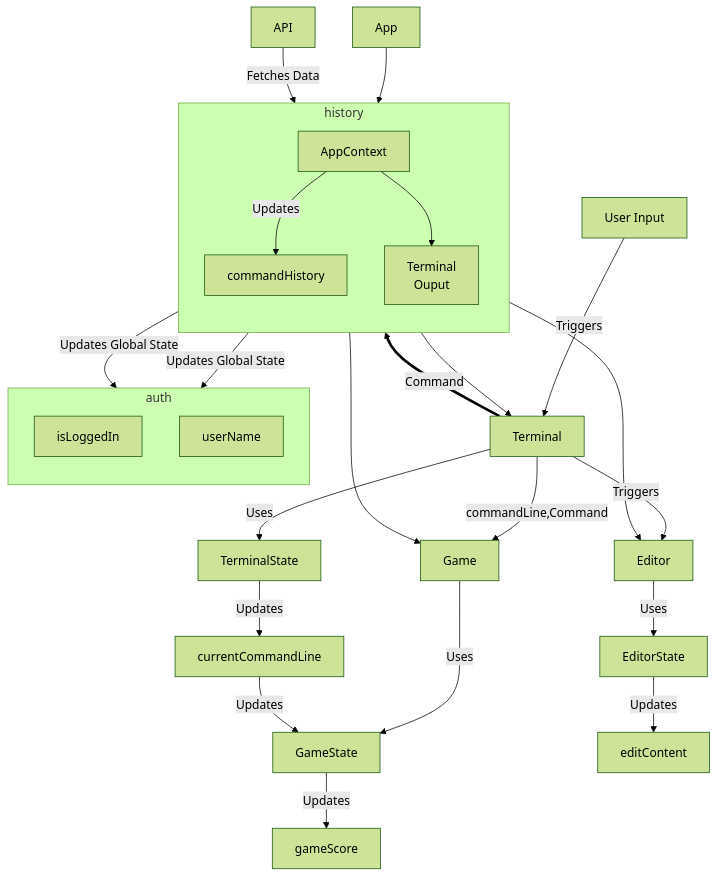
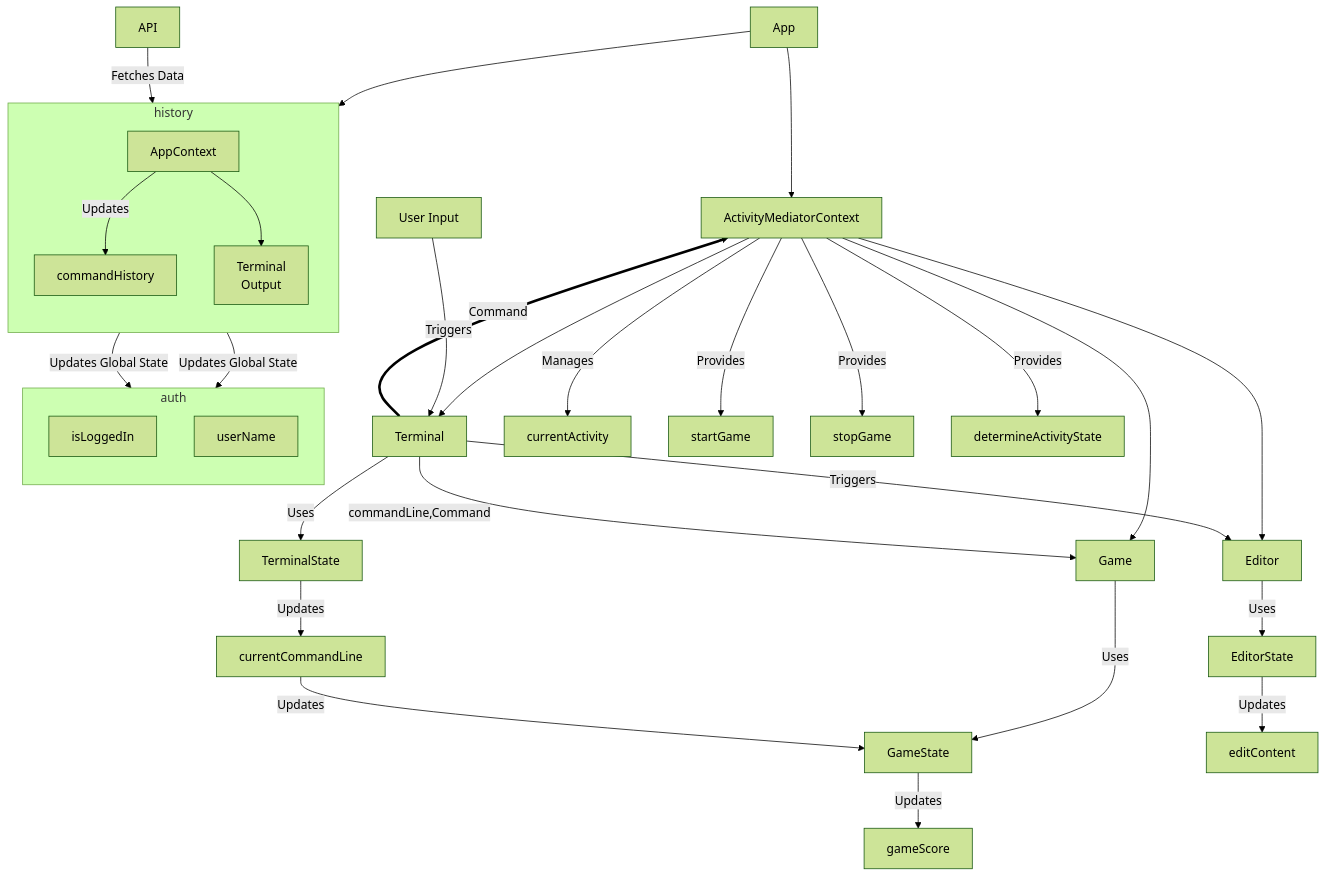
Before and after one commit to bizkite-co/handterm: the first of 2 diagrams in docs/adr/arrange-component-state-hierarchy.md, drawn with Mermaid (forest theme). The commit also changed other lines of this file and 11 other files, not shown here.

````diff
--- a/docs/adr/arrange-component-state-hierarchy.md
+++ b/docs/adr/arrange-component-state-hierarchy.md
@@ -58,37 +68,42 @@
 ```mermaid
 flowchart TD
     A[App] --> AC[AppContext]
-    AC --> T[Terminal]
-    AC --> E[Editor]
-    AC --> G[Game]
-
+    A --> AMC[ActivityMediatorContext]
+    AMC --> T[Terminal]
+    AMC --> E[Editor]
+    AMC --> G[Game]
 
     T --> |Uses| TS[TerminalState]
     E --> |Uses| ES[EditorState]
     G --> |Uses| GSt[GameState]
 
     subgraph history
       direction TB
       AC --> |Updates| CI[commandHistory]
-      AC --> TO[Terminal<br/>Ouput]
+      AC --> TO[Terminal<br/>Output]
     end
 
     TS --> |Updates| CLI[currentCommandLine]
     ES --> |Updates| EC[editContent]
     GSt --> |Updates| GSc[gameScore]
 
     CLI --> |Updates| GSt
 
     U[User Input] --> |Triggers| T
     T --> |Triggers| E
     T --> |commandLine,Command| G
-    T ==> |Command| AC
+    T ==> |Command| AMC
 
     N[API] --> |Fetches Data| AC
 
     subgraph auth
       direction TB
       AC --> |Updates Global State| O[isLoggedIn]
       AC --> |Updates Global State| UN[userName]
     end
+
+    AMC --> |Manages| CA[currentActivity]
+    AMC --> |Provides| SG[startGame]
+    AMC --> |Provides| StG[stopGame]
+    AMC --> |Provides| DAS[determineActivityState]
 ```
````
